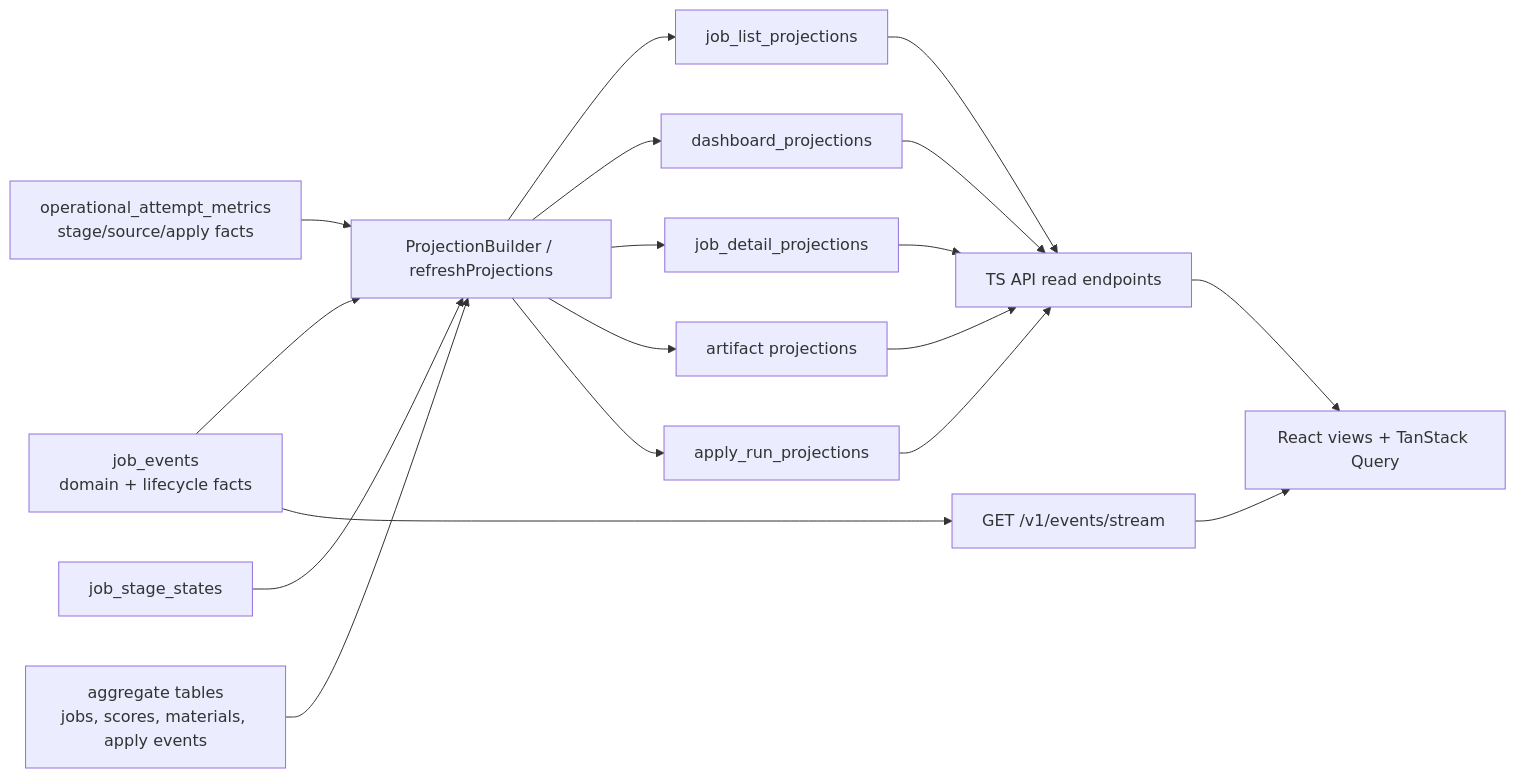
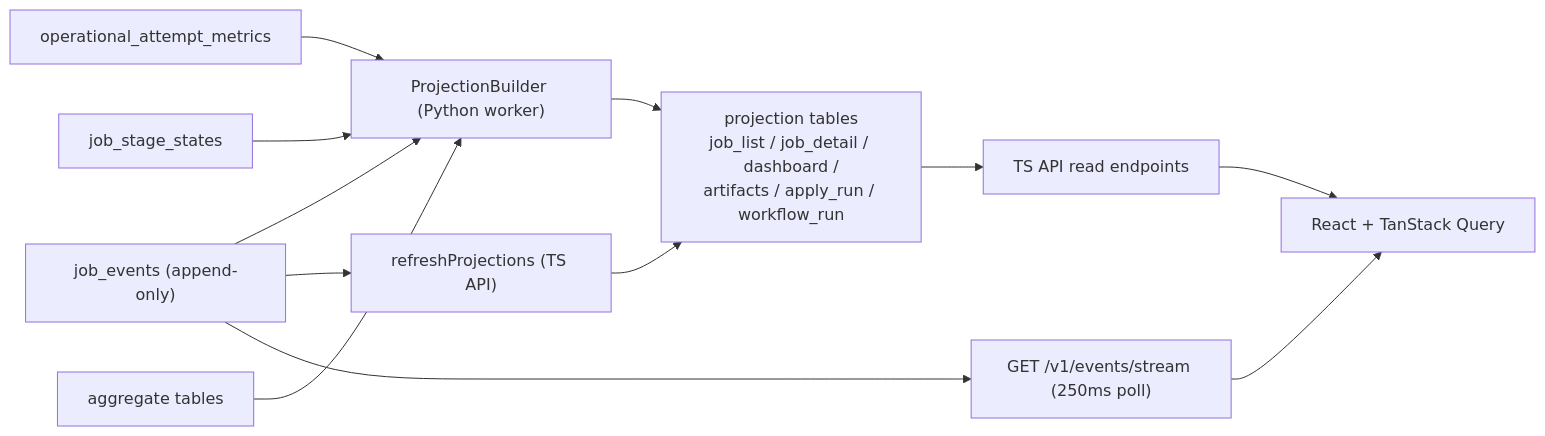
One commit to ebarti/JobCtrl changed the ninth of 9 diagrams in docs/job-pipeline-architecture.md. Above: the diagram before and after it, drawn with Mermaid. The commit also changed other lines of this file and 25 other files, not shown here.

First line of the commit message:
docs: full accuracy refresh of user, developer, and architecture docs

````diff
--- a/docs/job-pipeline-architecture.md
+++ b/docs/job-pipeline-architecture.md
@@ -1143,34 +832,25 @@
 ```mermaid
 flowchart LR
-    Events["job_events<br/>domain + lifecycle facts"]
-    Metrics["operational_attempt_metrics<br/>stage/source/apply facts"]
-    StageRows["job_stage_states"]
-    Aggregates["aggregate tables<br/>jobs, scores, materials, apply events"]
-    Builder["ProjectionBuilder / refreshProjections"]
-    JobList["job_list_projections"]
-    Dashboard["dashboard_projections"]
-    Detail["job_detail_projections"]
-    Artifacts["artifact projections"]
-    ApplyRuns["apply_run_projections"]
+    Events["job_events (append-only)"]
+    Metrics["operational_attempt_metrics"]
+    Stages["job_stage_states"]
+    Agg["aggregate tables"]
+    PB["ProjectionBuilder (Python worker)"]
+    RP["refreshProjections (TS API)"]
+    Proj["projection tables<br/>job_list / job_detail / dashboard /<br/>artifacts / apply_run / workflow_run"]
     Api["TS API read endpoints"]
-    SSE["GET /v1/events/stream"]
-    UI["React views + TanStack Query"]
+    SSE["GET /v1/events/stream (250ms poll)"]
+    UI["React + TanStack Query"]
 
-    Events --> Builder
-    Metrics --> Builder
-    StageRows --> Builder
-    Aggregates --> Builder
-    Builder --> JobList
-    Builder --> Dashboard
-    Builder --> Detail
-    Builder --> Artifacts
-    Builder --> ApplyRuns
-    JobList --> Api
-    Dashboard --> Api
-    Detail --> Api
-    Artifacts --> Api
-    ApplyRuns --> Api
+    Events --> PB
+    Events --> RP
+    Metrics --> PB
+    Stages --> PB
+    Agg --> PB
+    PB --> Proj
+    RP --> Proj
+    Proj --> Api
     Events --> SSE
     Api --> UI
     SSE --> UI
 ```
````
